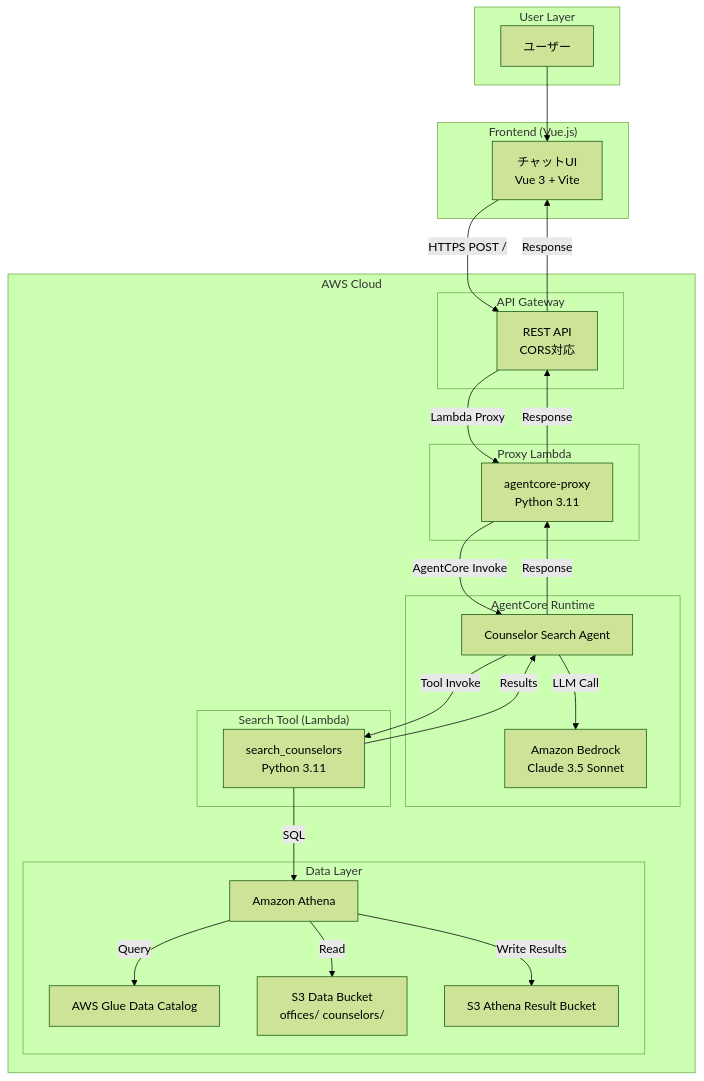
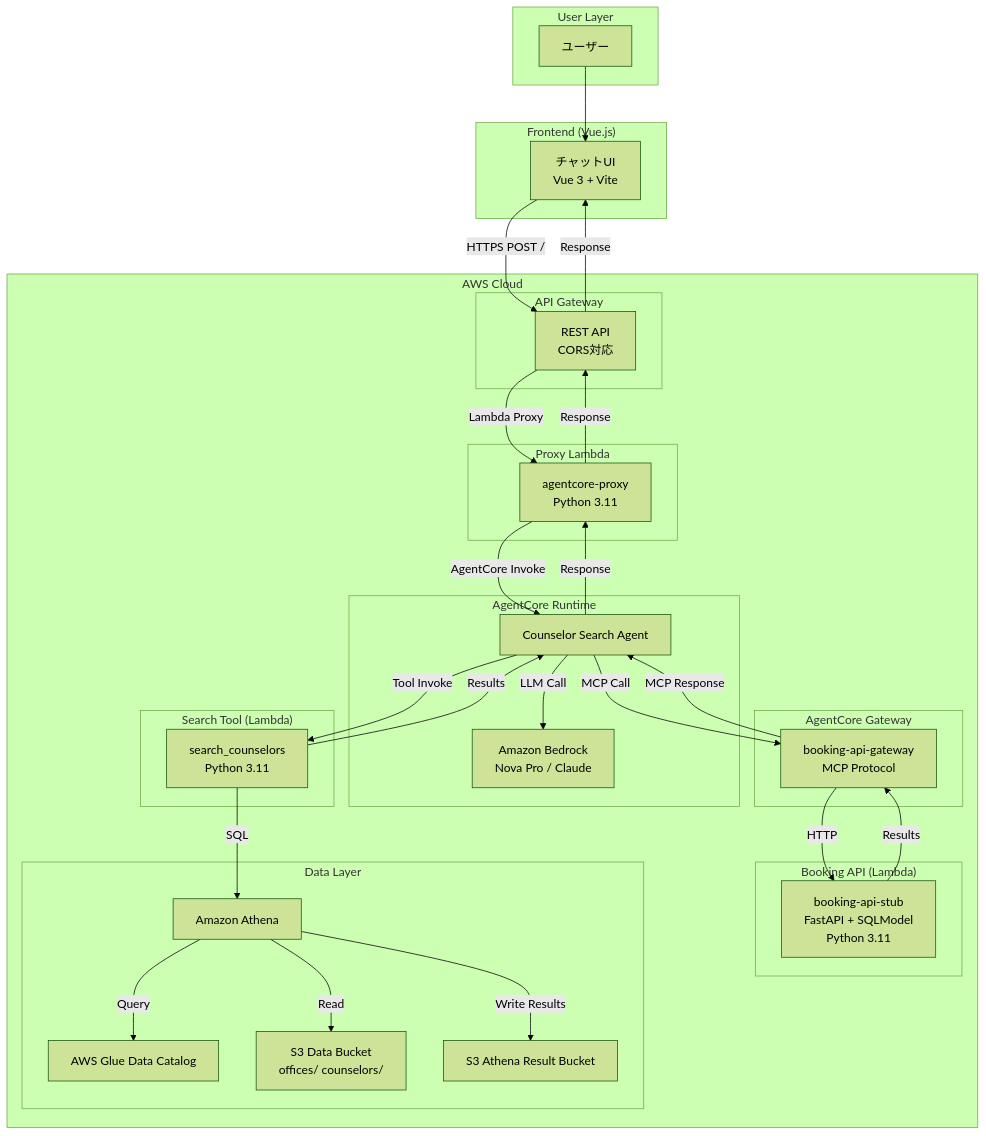
Before and after one commit to ryu1/counselor-search-ai: the first of 4 diagrams in docs/architecture.md, drawn with Mermaid (forest theme). The commit also changed other lines of this file and 20 other files, not shown here.

First line of the commit message:
feat: add booking-api-stub (FastAPI + SQLModel + Zappa) and AgentCore Gateway MCP integration

````diff
--- a/docs/architecture.md
+++ b/docs/architecture.md
@@ -5,51 +5,63 @@
 ```mermaid
 graph TB
     subgraph "User Layer"
         User[ユーザー]
     end
 
     subgraph "Frontend (Vue.js)"
         UI[チャットUI<br/>Vue 3 + Vite]
     end
 
     subgraph "AWS Cloud"
         subgraph "API Gateway"
             API[REST API<br/>CORS対応]
         end
 
         subgraph "Proxy Lambda"
             Proxy[agentcore-proxy<br/>Python 3.11]
         end
 
         subgraph "AgentCore Runtime"
             Agent[Counselor Search Agent]
-            Bedrock[Amazon Bedrock<br/>Claude 3.5 Sonnet]
+            Bedrock[Amazon Bedrock<br/>Nova Pro / Claude]
         end
 
         subgraph "Search Tool (Lambda)"
-            Lambda[search_counselors<br/>Python 3.11]
+            SearchLambda[search_counselors<br/>Python 3.11]
+        end
+
+        subgraph "Booking API (Lambda)"
+            BookingLambda[booking-api-stub<br/>FastAPI + SQLModel<br/>Python 3.11]
+        end
+
+        subgraph "AgentCore Gateway"
+            Gateway[booking-api-gateway<br/>MCP Protocol]
         end
 
         subgraph "Data Layer"
             Athena[Amazon Athena]
             Glue[AWS Glue Data Catalog]
             S3Data[S3 Data Bucket<br/>offices/ counselors/]
             S3Result[S3 Athena Result Bucket]
         end
     end
 
     User --> UI
     UI -->|HTTPS POST /| API
     API -->|Lambda Proxy| Proxy
     Proxy -->|AgentCore Invoke| Agent
     Agent -->|LLM Call| Bedrock
-    Agent -->|Tool Invoke| Lambda
-    Lambda -->|SQL| Athena
+    Agent -->|Tool Invoke| SearchLambda
+    Agent -->|MCP Call| Gateway
+    Gateway -->|HTTP| BookingLambda
+    SearchLambda -->|SQL| Athena
     Athena -->|Query| Glue
     Athena -->|Read| S3Data
     Athena -->|Write Results| S3Result
-    Lambda -->|Results| Agent
+    SearchLambda -->|Results| Agent
+    BookingLambda -->|Results| Gateway
+    Gateway -->|MCP Response| Agent
     Agent -->|Response| Proxy
     Proxy -->|Response| API
     API -->|Response| UI
 ```
````
